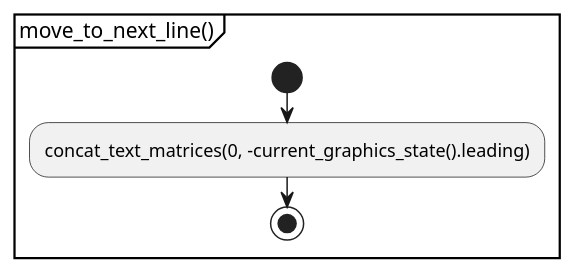
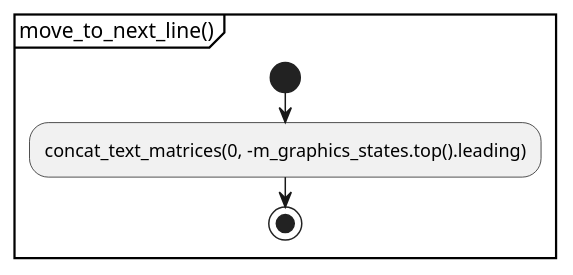
The fourth of 6 diagrams in document/document_reader/page_tree_parser/page_parser/contents_parser/pdfcontents_builder/pdfcontents_builder.activity.pu (KodaiYM/PDFReader), drawn with PlantUML before and after one commit. The commit also changed other lines of this file and 24 other files, not shown here.

```diff
--- a/document/document_reader/page_tree_parser/page_parser/contents_parser/pdfcontents_builder/pdfcontents_builder.activity.pu
+++ b/document/document_reader/page_tree_parser/page_parser/contents_parser/pdfcontents_builder/pdfcontents_builder.activity.pu
@@ -25,7 +25,7 @@
 @startuml move_to_next_line
 partition "move_to_next_line()" {
 start
-	:concat_text_matrices(0, -current_graphics_state().leading);
+	:concat_text_matrices(0, -m_graphics_states.top().leading);
 stop
 }
 @enduml
```
